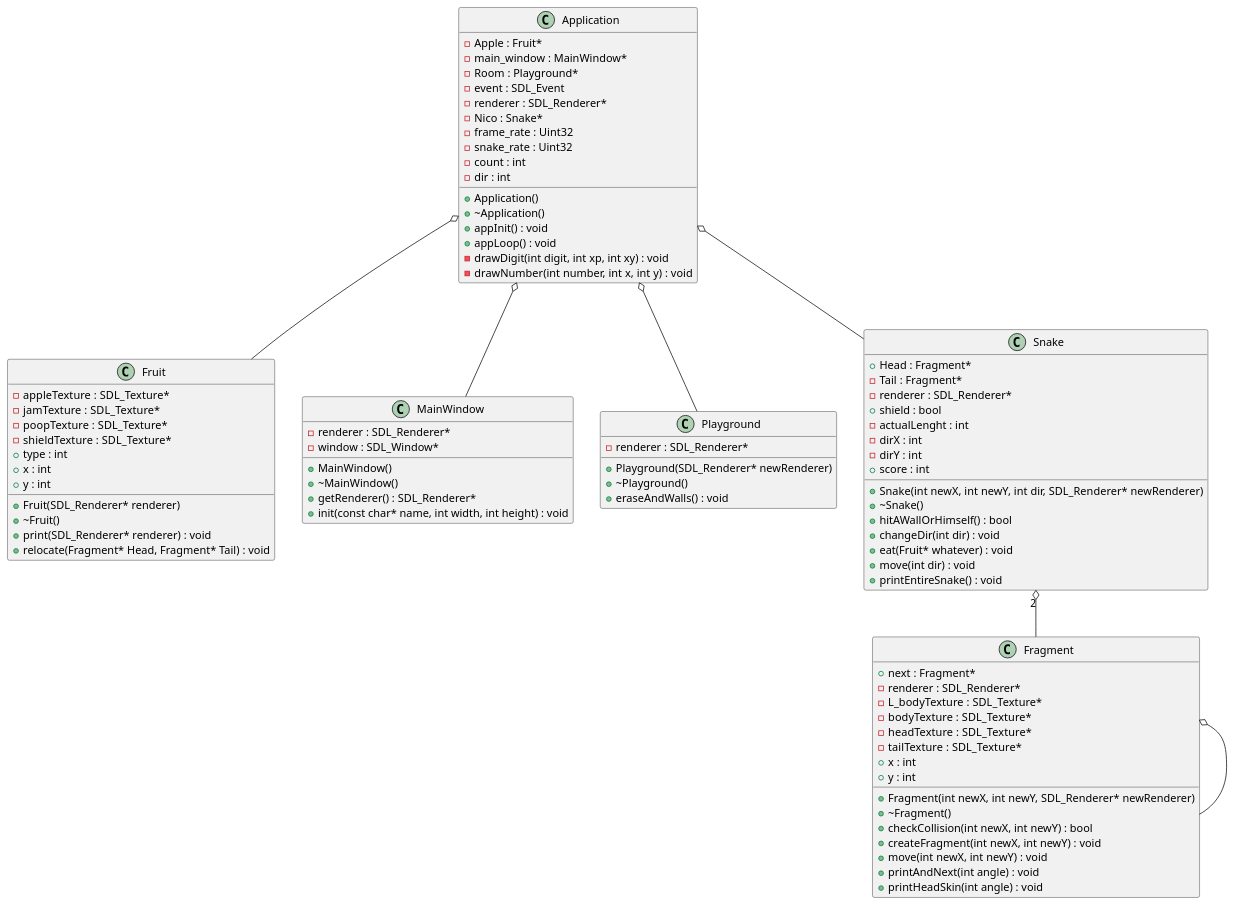
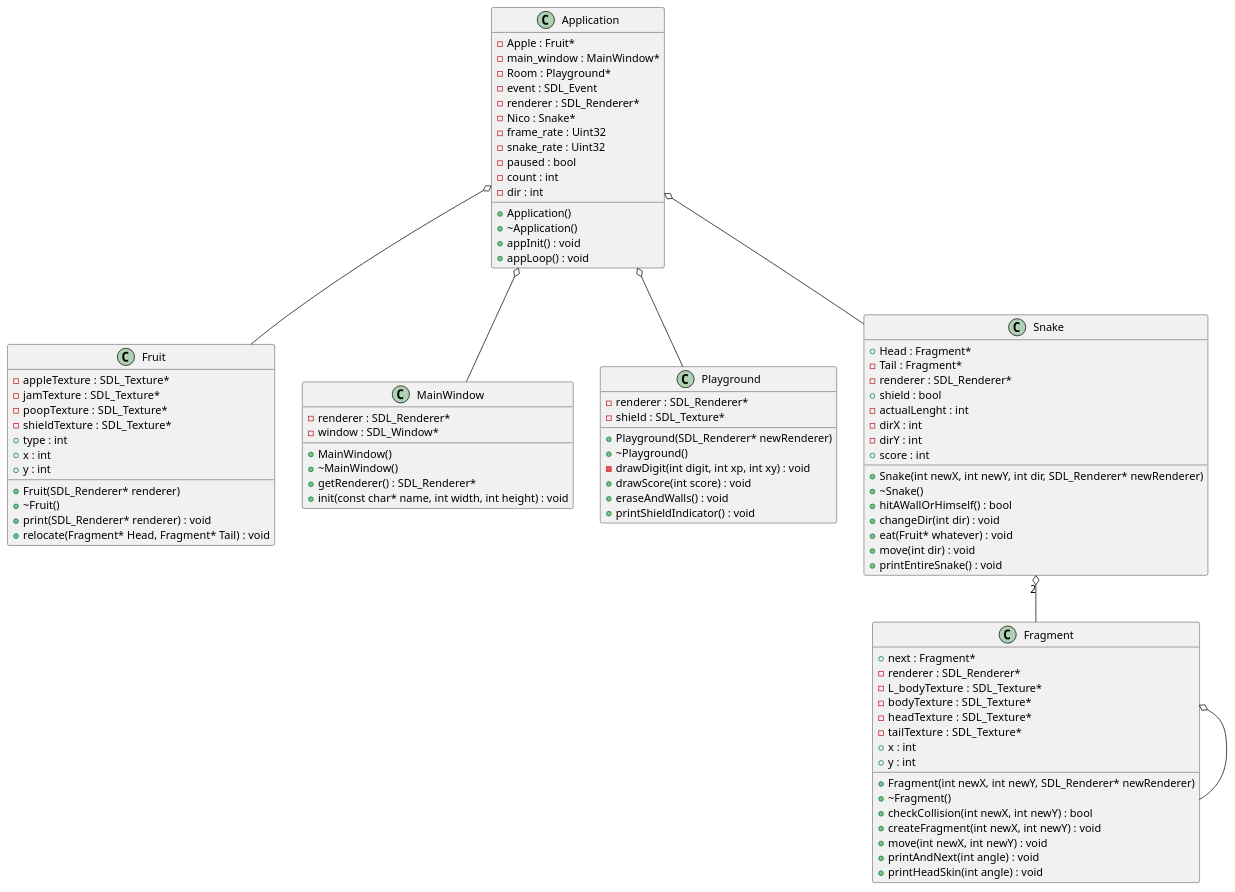
One commit to Wazy42/gtech1-b07-snake changed the diagram in uml/classes.puml. Above: the diagram before and after it, drawn with PlantUML. The commit also changed 2 other files, not shown here.

```diff
--- a/uml/classes.puml
+++ b/uml/classes.puml
@@ -1,136 +1,139 @@
 @startuml
 
 
 
 
 
 /' Objects '/
 
 class Application {
 	+Application()
 	+~Application()
 	-Apple : Fruit*
 	-main_window : MainWindow*
 	-Room : Playground*
 	-event : SDL_Event
 	-renderer : SDL_Renderer*
 	-Nico : Snake*
 	-frame_rate : Uint32
 	-snake_rate : Uint32
+	-paused : bool
 	-count : int
 	-dir : int
 	+appInit() : void
 	+appLoop() : void
-	-drawDigit(int digit, int xp, int xy) : void
-	-drawNumber(int number, int x, int y) : void
 }
 
 
 class Fragment {
 	+Fragment(int newX, int newY, SDL_Renderer* newRenderer)
 	+~Fragment()
 	+next : Fragment*
 	-renderer : SDL_Renderer*
 	-L_bodyTexture : SDL_Texture*
 	-bodyTexture : SDL_Texture*
 	-headTexture : SDL_Texture*
 	-tailTexture : SDL_Texture*
 	+checkCollision(int newX, int newY) : bool
 	+x : int
 	+y : int
 	+createFragment(int newX, int newY) : void
 	+move(int newX, int newY) : void
 	+printAndNext(int angle) : void
 	+printHeadSkin(int angle) : void
 }
 
 
 class Fruit {
 	+Fruit(SDL_Renderer* renderer)
 	+~Fruit()
 	-appleTexture : SDL_Texture*
 	-jamTexture : SDL_Texture*
 	-poopTexture : SDL_Texture*
 	-shieldTexture : SDL_Texture*
 	+type : int
 	+x : int
 	+y : int
 	+print(SDL_Renderer* renderer) : void
 	+relocate(Fragment* Head, Fragment* Tail) : void
 }
 
 
 class MainWindow {
 	+MainWindow()
 	+~MainWindow()
 	+getRenderer() : SDL_Renderer*
 	-renderer : SDL_Renderer*
 	-window : SDL_Window*
 	+init(const char* name, int width, int height) : void
 }
 
 
 class Playground {
 	+Playground(SDL_Renderer* newRenderer)
 	+~Playground()
 	-renderer : SDL_Renderer*
+	-shield : SDL_Texture*
+	-drawDigit(int digit, int xp, int xy) : void
+	+drawScore(int score) : void
 	+eraseAndWalls() : void
+	+printShieldIndicator() : void
 }
 
 
 class Snake {
 	+Snake(int newX, int newY, int dir, SDL_Renderer* newRenderer)
 	+~Snake()
 	+Head : Fragment*
 	-Tail : Fragment*
 	-renderer : SDL_Renderer*
 	+hitAWallOrHimself() : bool
 	+shield : bool
 	-actualLenght : int
 	-dirX : int
 	-dirY : int
 	+score : int
 	+changeDir(int dir) : void
 	+eat(Fruit* whatever) : void
 	+move(int dir) : void
 	+printEntireSnake() : void
 }
 
 
 
 
 
 /' Inheritance relationships '/
 
 
 
 
 /' Aggregation relationships '/
 
 .Application o-- .Fruit
 
 
 .Application o-- .MainWindow
 
 
 .Application o-- .Playground
 
 
 .Application o-- .Snake
 
 
 .Fragment o-- .Fragment
 
 
 .Snake "2" o-- .Fragment
 
 
 
 
 
 
 /' Nested objects '/
 
 
 
 @enduml
```
